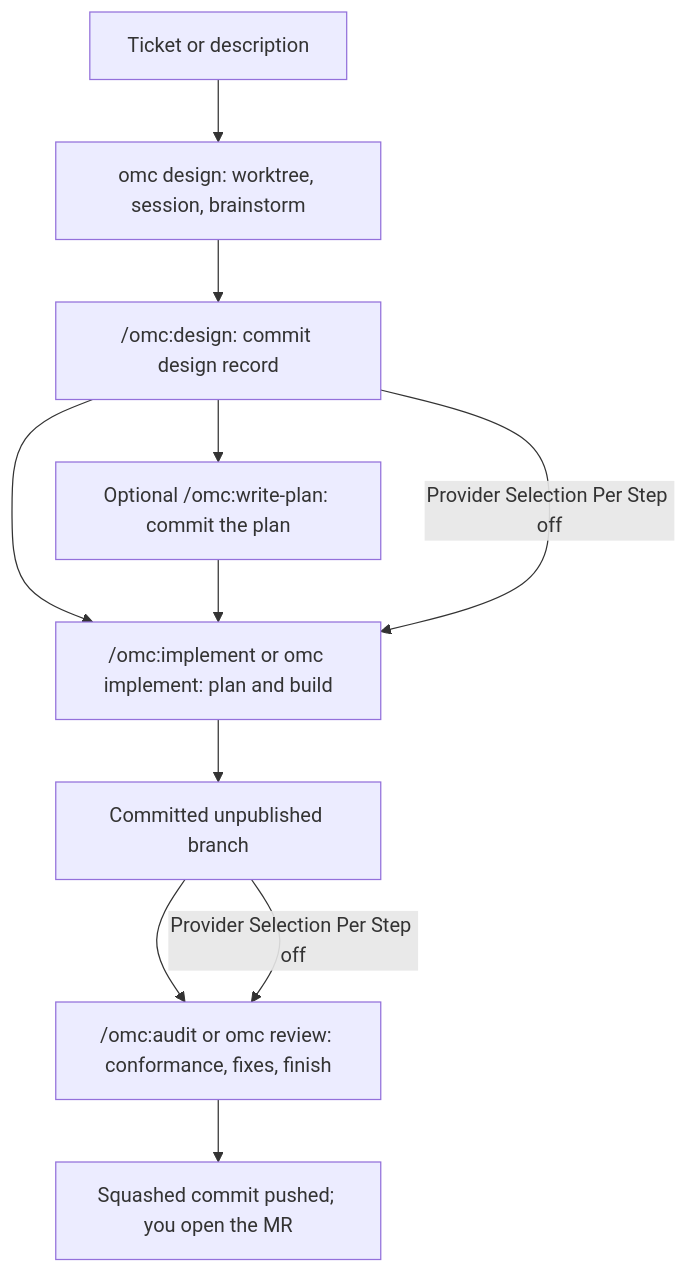
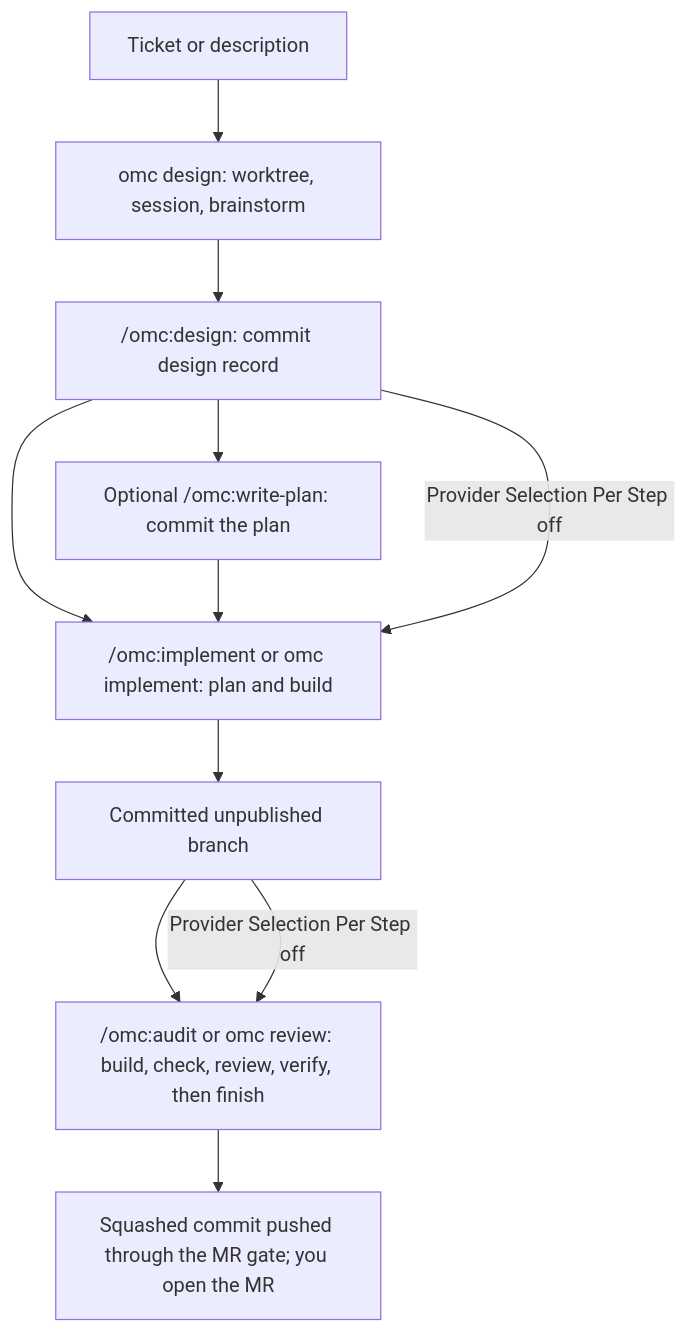
The first of 4 diagrams in README.md (chris-husse/oh-my-clanker), drawn with Mermaid before and after one commit. The commit also changed other lines of this file and 35 other files, not shown here.

First line of the commit message:
Verify once after audit's review; gate every push on review and verify

````diff
--- a/README.md
+++ b/README.md
@@ -146,13 +146,13 @@
 ```mermaid
 flowchart TD
     Context["Ticket or description"] --> Design["omc design: worktree, session, brainstorm"]
     Design --> Record["/omc:design: commit design record"]
     Record --> Build["/omc:implement or omc implement: plan and build"]
     Record --> WritePlan["Optional /omc:write-plan: commit the plan"]
     WritePlan --> Build
     Record -->|Provider Selection Per Step off| Build
     Build --> Branch["Committed unpublished branch"]
-    Branch --> Audit["/omc:audit or omc review: conformance, fixes, finish"]
+    Branch --> Audit["/omc:audit or omc review: build, check, review, verify, then finish"]
     Branch -->|Provider Selection Per Step off| Audit
-    Audit --> Push["Squashed commit pushed; you open the MR"]
+    Audit --> Push["Squashed commit pushed through the MR gate; you open the MR"]
 ```
````
